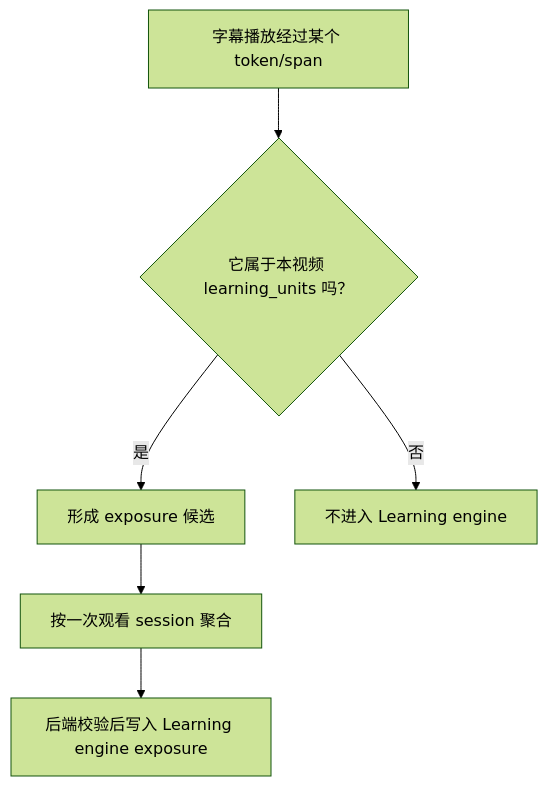
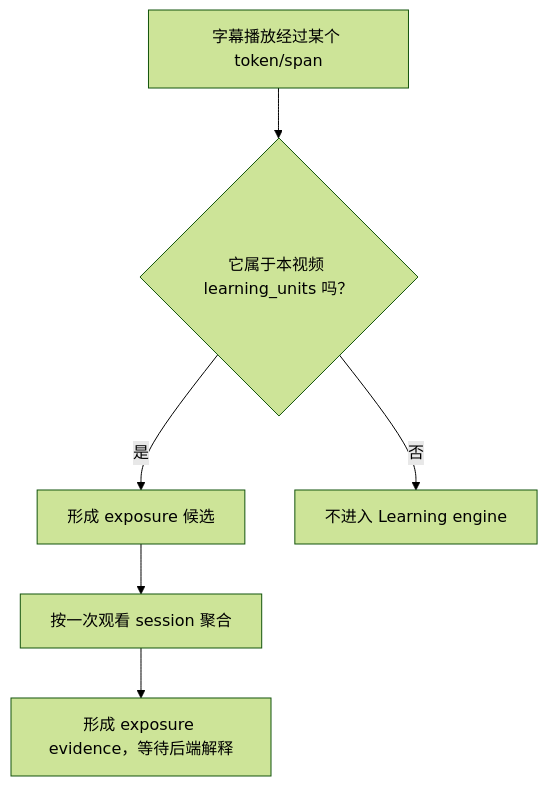
Before and after one commit to bionicotaku/learning-video-recommendation-system: the fifth of 13 diagrams in docs/学习互动信号语义设计.md, drawn with Mermaid (forest theme). The commit also changed other lines of this file and 5 other files, not shown here.

````diff
--- a/docs/学习互动信号语义设计.md
+++ b/docs/学习互动信号语义设计.md
@@ -146,8 +177,8 @@
 ```mermaid
 flowchart TD
     A["字幕播放经过某个 token/span"] --> B{"它属于本视频 learning_units 吗？"}
     B -->|是| C["形成 exposure 候选"]
     B -->|否| D["不进入 Learning engine"]
     C --> E["按一次观看 session 聚合"]
-    E --> F["后端校验后写入 Learning engine exposure"]
+    E --> F["形成 exposure evidence，等待后端解释"]
 ```
````
